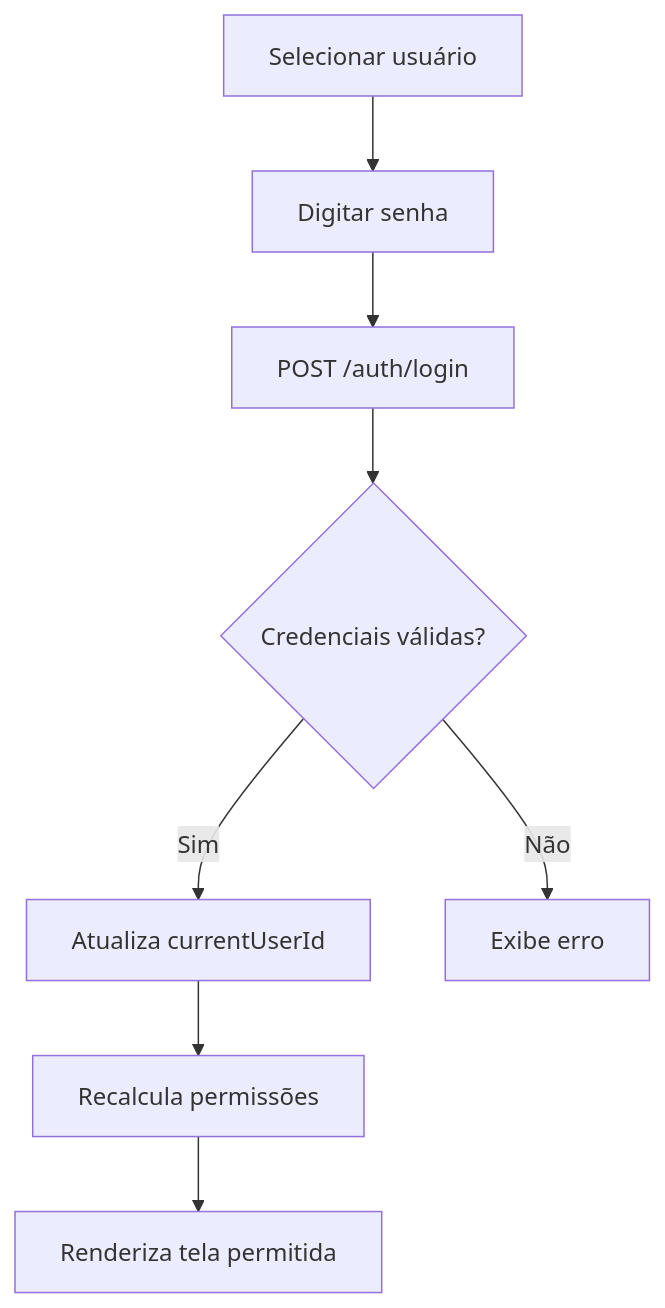
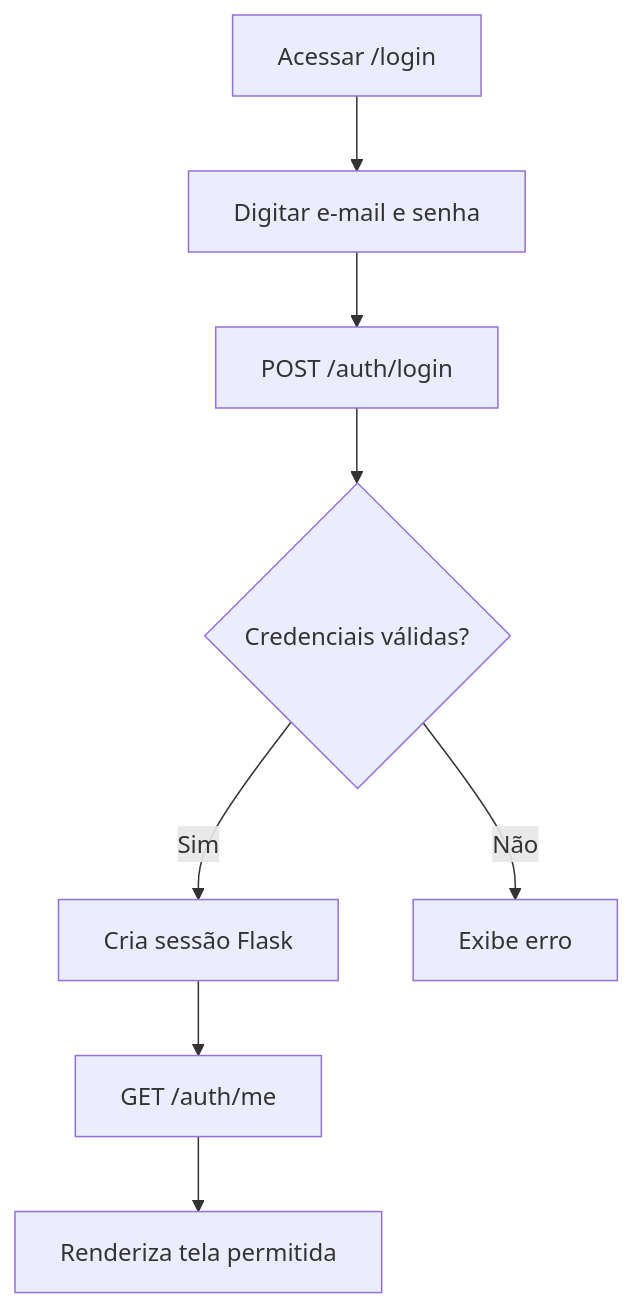
The second of 4 diagrams in docs/fluxo_sistema.md (Thiago64ga/projeto-comercial-DB), drawn with Mermaid before and after one commit. The commit also changed other lines of this file and 26 other files, not shown here.

````diff
--- a/docs/fluxo_sistema.md
+++ b/docs/fluxo_sistema.md
@@ -32,10 +33,10 @@
 ```mermaid
 flowchart TD
-    A[Selecionar usuário] --> B[Digitar senha]
+    A[Acessar /login] --> B[Digitar e-mail e senha]
     B --> C[POST /auth/login]
     C --> D{Credenciais válidas?}
-    D -->|Sim| E[Atualiza currentUserId]
-    E --> F[Recalcula permissões]
+    D -->|Sim| E[Cria sessão Flask]
+    E --> F[GET /auth/me]
     F --> G[Renderiza tela permitida]
     D -->|Não| H[Exibe erro]
 ```
````
